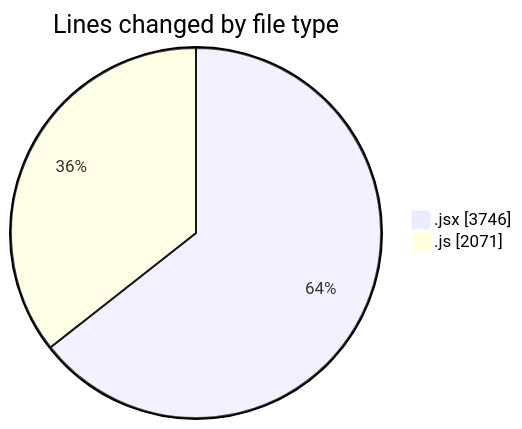
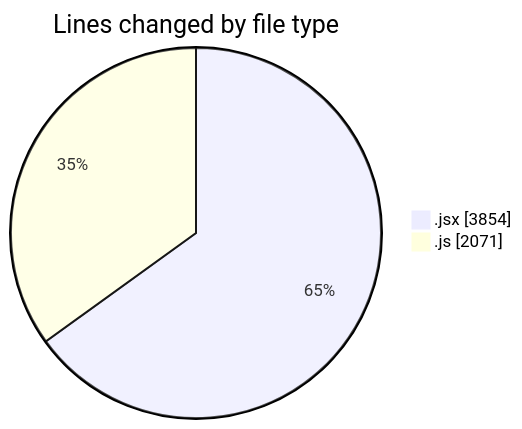
One commit to nxtqubesakshisongat/code-tracking changed the first of 2 diagrams in 2025-08-04/nxtqube_webapp/README.md. Above: the diagram before and after it, drawn with Mermaid. The commit also changed other lines of this file and 1 other file, not shown here.

````diff
--- a/2025-08-04/nxtqube_webapp/README.md
+++ b/2025-08-04/nxtqube_webapp/README.md
@@ -32,6 +33,6 @@
 ```mermaid
 pie showData
 title Lines changed by file type
-".jsx" : 3746
+".jsx" : 3854
 ".js" : 2071
 ```
````
